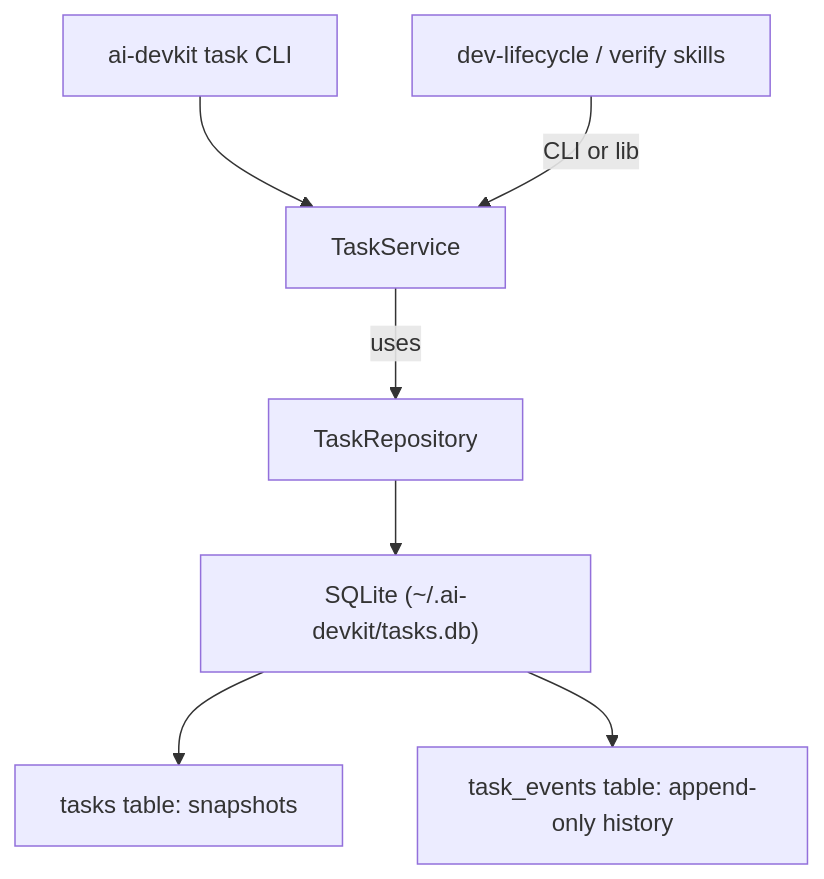
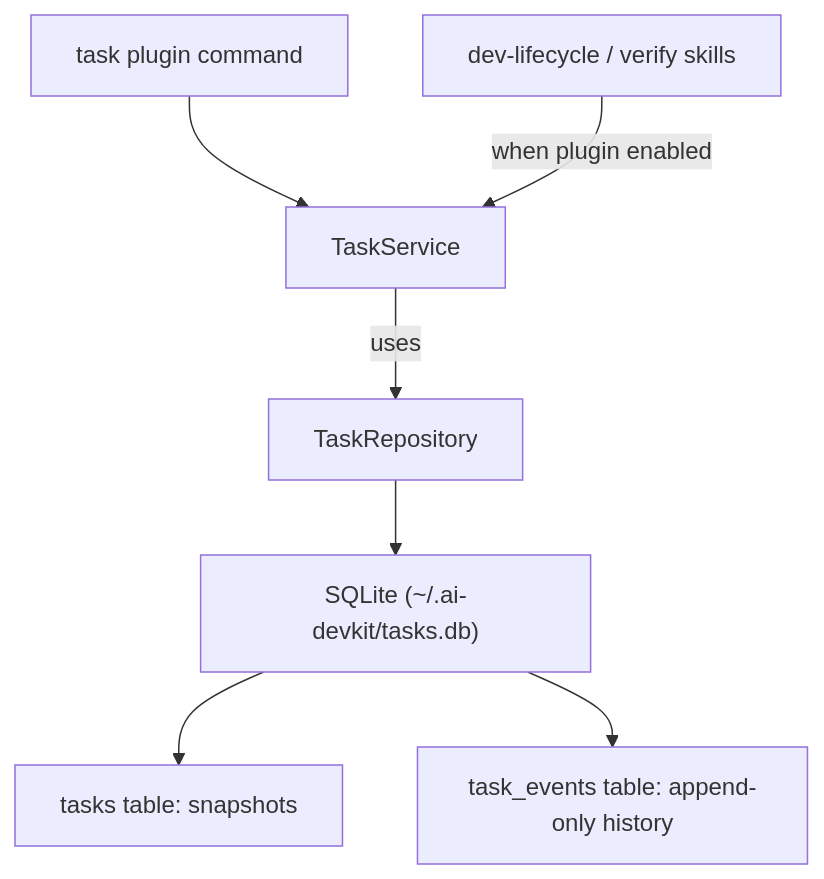
Before and after one commit to codeaholicguy/ai-devkit: the diagram in docs/ai/design/2026-07-01-feature-task-system.md, drawn with Mermaid. The commit also changed other lines of this file and 16 other files, not shown here.

Commit message:
feat(task-manager): ship task command as plugin

````diff
--- a/docs/ai/design/2026-07-01-feature-task-system.md
+++ b/docs/ai/design/2026-07-01-feature-task-system.md
@@ -11,9 +11,9 @@
 ```mermaid
 graph TD
-  CLI["ai-devkit task CLI"] --> SVC["TaskService"]
-  Skills["dev-lifecycle / verify skills"] -->|CLI or lib| SVC
+  PluginCLI["task plugin command"] --> SVC["TaskService"]
+  Skills["dev-lifecycle / verify skills"] -->|when plugin enabled| SVC
   SVC -->|uses| REPO["TaskRepository"]
   REPO --> SQL["SQLite (~/.ai-devkit/tasks.db)"]
   SQL --> TASKS["tasks table: snapshots"]
   SQL --> EVENTS["task_events table: append-only history"]
 ```
````
